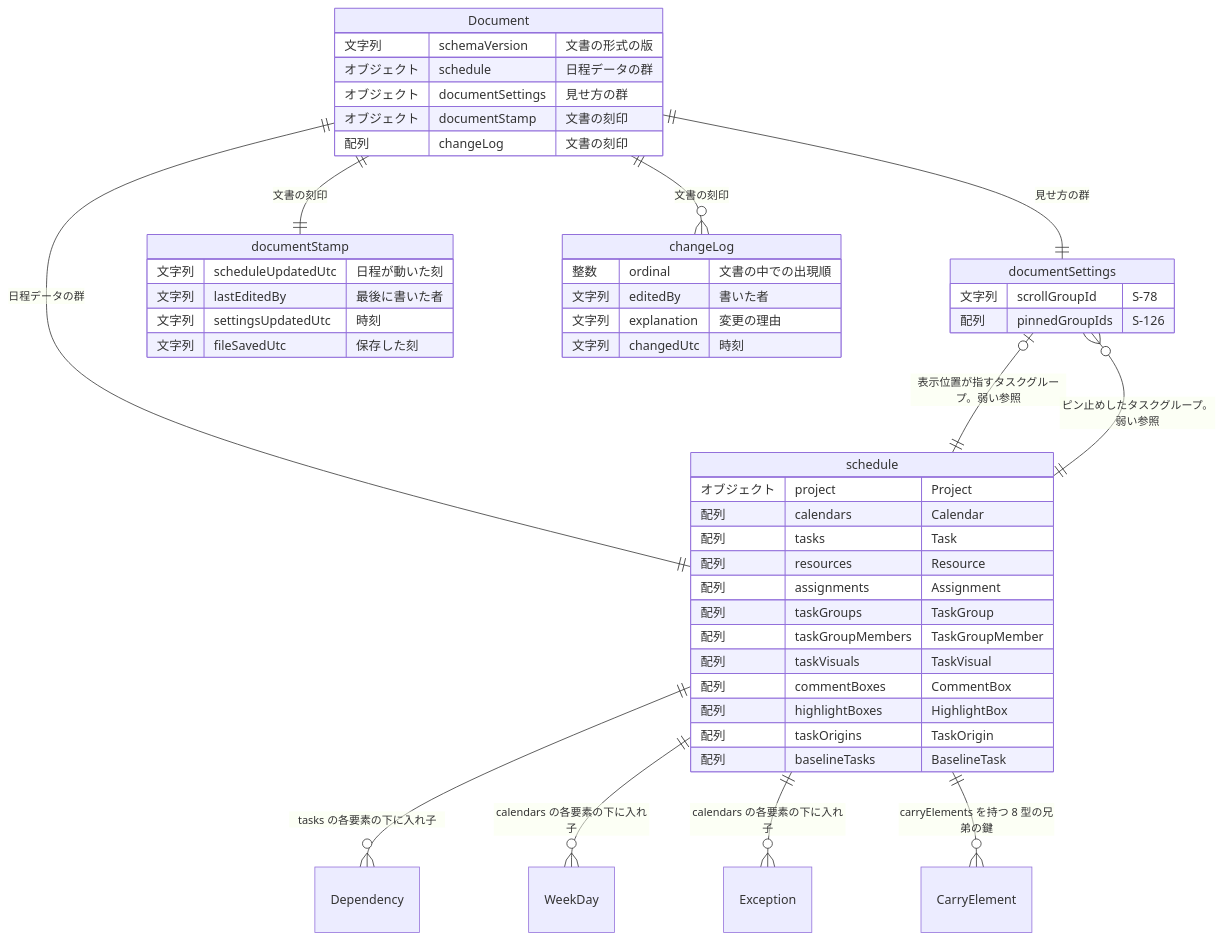
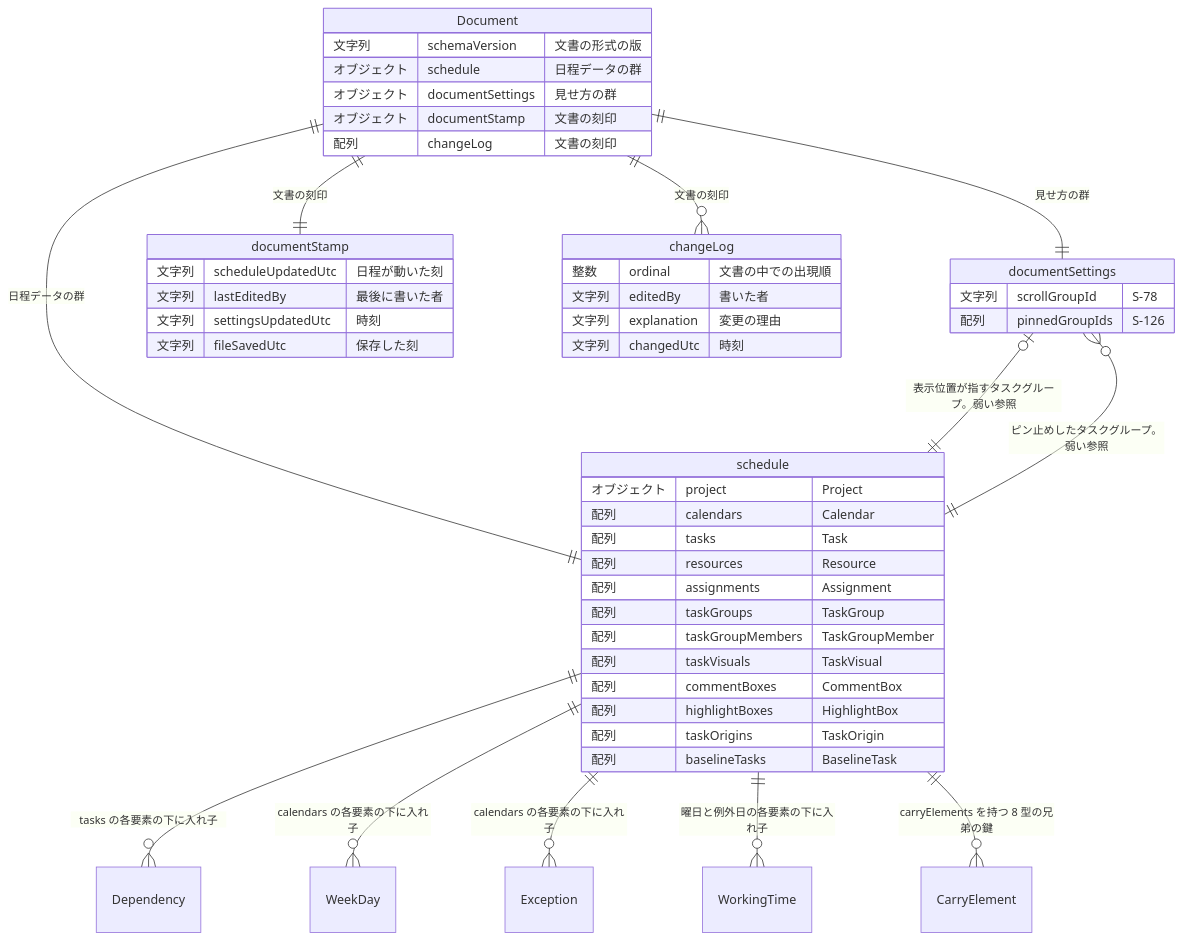
One commit to GoodRelax/gr-scheduler changed the diagram in docs/spec/_assets/fig-erd-overview.md. Above: the diagram before and after it, drawn with Mermaid. The commit also changed 43 other files, not shown here.

````diff
--- a/docs/spec/_assets/fig-erd-overview.md
+++ b/docs/spec/_assets/fig-erd-overview.md
@@ -16,55 +16,56 @@
 ```mermaid
 ---
 config:
   er:
     entityPadding: 6
 ---
 erDiagram
     Document {
         文字列 schemaVersion "文書の形式の版"
         オブジェクト schedule "日程データの群"
         オブジェクト documentSettings "見せ方の群"
         オブジェクト documentStamp "文書の刻印"
         配列 changeLog "文書の刻印"
     }
     schedule {
         オブジェクト project "Project"
         配列 calendars "Calendar"
         配列 tasks "Task"
         配列 resources "Resource"
         配列 assignments "Assignment"
         配列 taskGroups "TaskGroup"
         配列 taskGroupMembers "TaskGroupMember"
         配列 taskVisuals "TaskVisual"
         配列 commentBoxes "CommentBox"
         配列 highlightBoxes "HighlightBox"
         配列 taskOrigins "TaskOrigin"
         配列 baselineTasks "BaselineTask"
     }
     documentSettings {
         文字列 scrollGroupId "S-78"
         配列 pinnedGroupIds "S-126"
     }
     documentStamp {
         文字列 scheduleUpdatedUtc "日程が動いた刻"
         文字列 lastEditedBy "最後に書いた者"
         文字列 settingsUpdatedUtc "時刻"
         文字列 fileSavedUtc "保存した刻"
     }
     changeLog {
         整数 ordinal "文書の中での出現順"
         文字列 editedBy "書いた者"
         文字列 explanation "変更の理由"
         文字列 changedUtc "時刻"
     }
     Document ||--|| schedule : "日程データの群"
     Document ||--|| documentSettings : "見せ方の群"
     Document ||--|| documentStamp : "文書の刻印"
     Document ||--o{ changeLog : "文書の刻印"
     schedule ||--o{ Dependency : "tasks の各要素の下に入れ子"
     schedule ||--o{ WeekDay : "calendars の各要素の下に入れ子"
     schedule ||--o{ Exception : "calendars の各要素の下に入れ子"
+    schedule ||--o{ WorkingTime : "曜日と例外日の各要素の下に入れ子"
     schedule ||--o{ CarryElement : "carryElements を持つ 8 型の兄弟の鍵"
     documentSettings |o--|| schedule : "表示位置が指すタスクグループ。弱い参照"
     documentSettings }o--|| schedule : "ピン止めしたタスクグループ。弱い参照"
 ```
````
